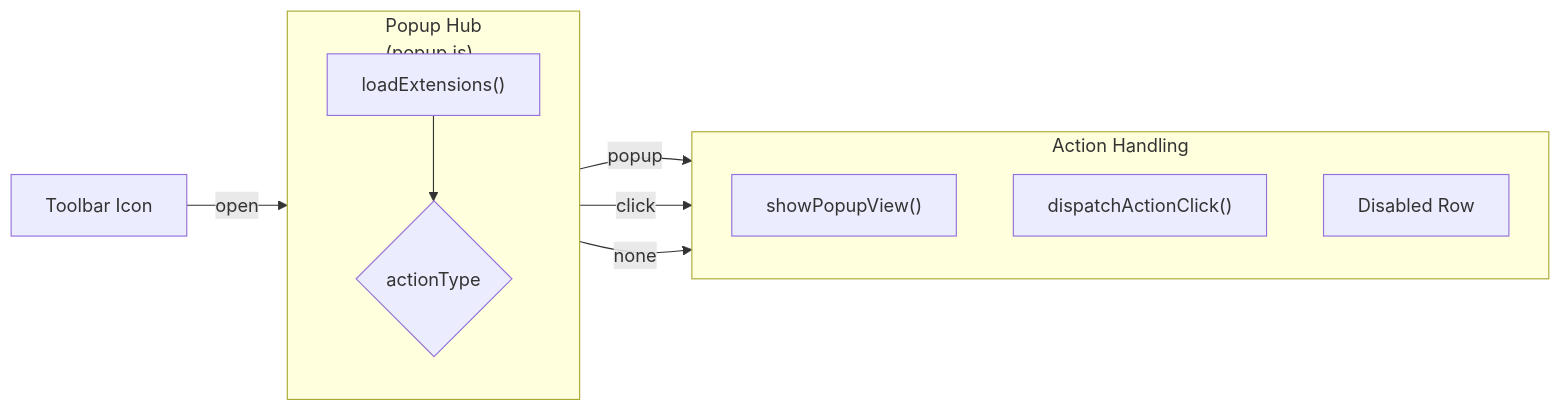
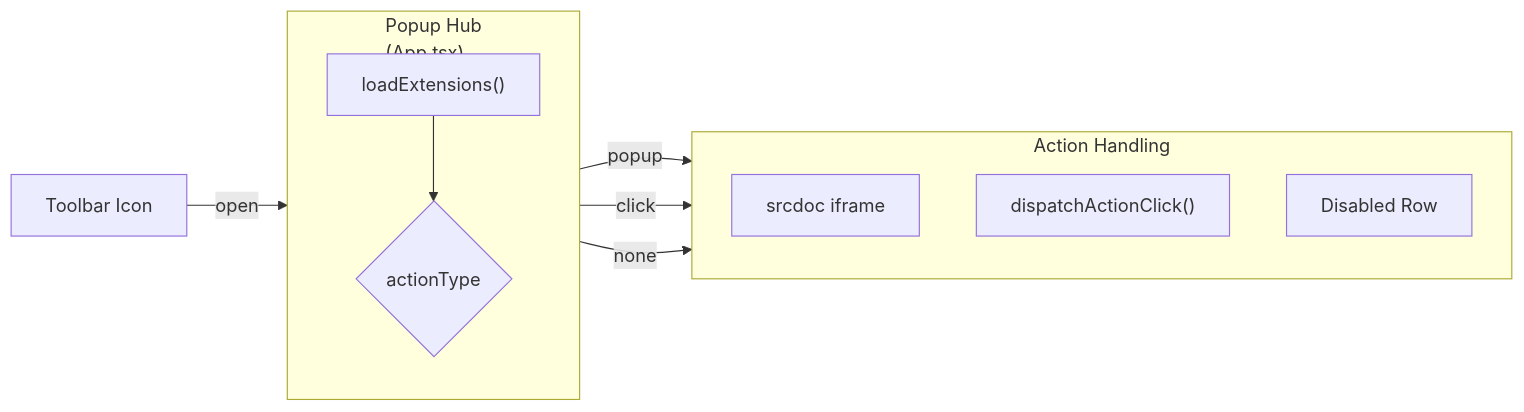
Before and after one commit to easonwong-de/Wirt: the sixth of 7 diagrams in docs/architecture.md, drawn with Mermaid. The commit also changed other lines of this file and 2 other files, not shown here.

Commit message:
docs: update system architecture and contributing guide

````diff
--- a/docs/architecture.md
+++ b/docs/architecture.md
@@ -213,20 +229,20 @@
 ```mermaid
 flowchart LR
     Icon["Toolbar Icon"] -->|"open"| Hub
 
-    subgraph Hub["Popup Hub<br/>(popup.js)"]
+    subgraph Hub["Popup Hub<br/>(App.tsx)"]
         direction TB
         List["loadExtensions()"] --> Type{"actionType"}
     end
 
     subgraph Actions["Action Handling"]
         direction TB
-        View["showPopupView()"]
+        View["srcdoc iframe"]
         Click["dispatchActionClick()"]
         Disabled["Disabled Row"]
     end
 
     Type -->|"popup"| View
     Type -->|"click"| Click
     Type -->|"none"| Disabled
 ```
````
